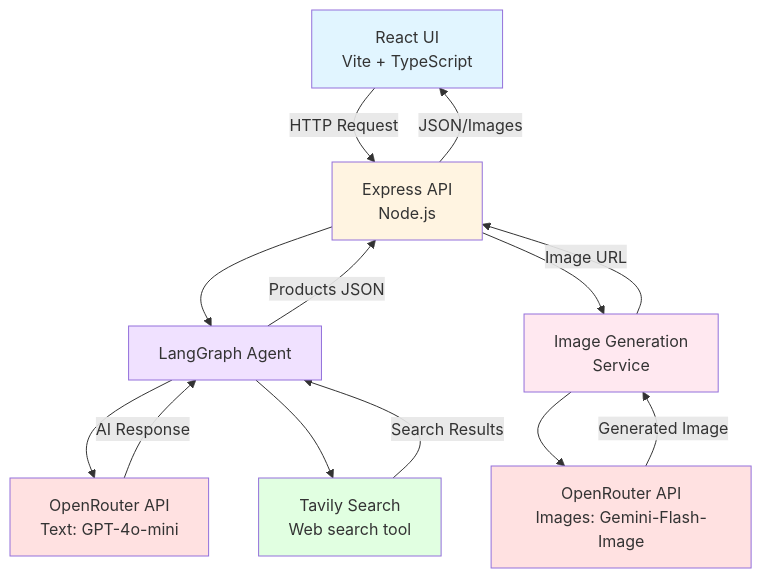
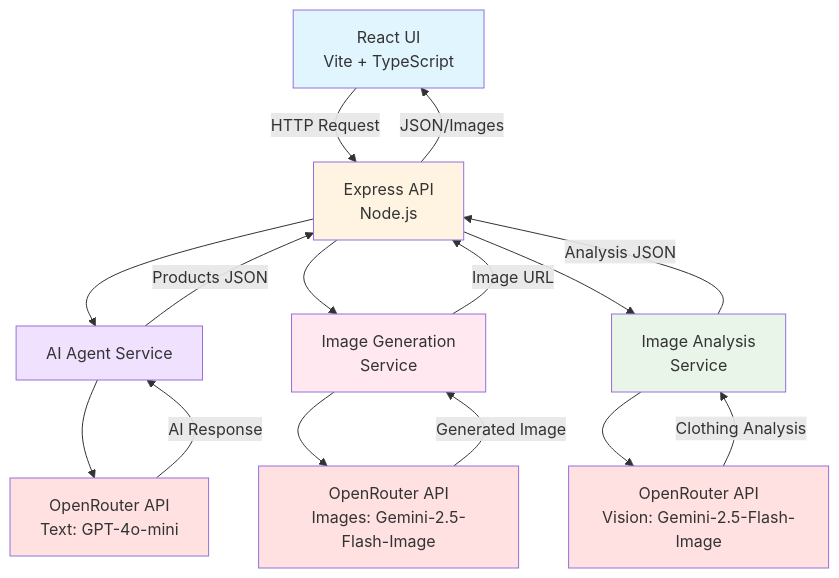
Before and after one commit to shrutikapoor08/codetv-openrouter-vibe-to-cart: the first of 10 diagrams in ARCHITECTURE.md, drawn with Mermaid. The commit also changed other lines of this file and 2 other files, not shown here.

First line of the commit message:
refactor: remove all Tavily references from codebase

````diff
--- a/ARCHITECTURE.md
+++ b/ARCHITECTURE.md
@@ -9,23 +9,26 @@
 ```mermaid
 graph TD
     A[React UI<br/>Vite + TypeScript] -->|HTTP Request| B[Express API<br/>Node.js]
-    B --> D[LangGraph Agent]
+    B --> D[AI Agent Service]
     B --> G[Image Generation<br/>Service]
+    B --> I[Image Analysis<br/>Service]
     D --> E[OpenRouter API<br/>Text: GPT-4o-mini]
-    D --> F[Tavily Search<br/>Web search tool]
-    G --> H[OpenRouter API<br/>Images: Gemini-Flash-Image]
+    G --> H[OpenRouter API<br/>Images: Gemini-2.5-Flash-Image]
+    I --> J[OpenRouter API<br/>Vision: Gemini-2.5-Flash-Image]
     E -->|AI Response| D
-    F -->|Search Results| D
     D -->|Products JSON| B
     H -->|Generated Image| G
     G -->|Image URL| B
+    J -->|Clothing Analysis| I
+    I -->|Analysis JSON| B
     B -->|JSON/Images| A
 
     style A fill:#e1f5ff
     style B fill:#fff4e1
     style D fill:#f0e1ff
     style E fill:#ffe1e1
-    style F fill:#e1ffe1
     style G fill:#ffe8f0
     style H fill:#ffe1e1
+    style I fill:#e8f5e8
+    style J fill:#ffe1e1
 ```
````
